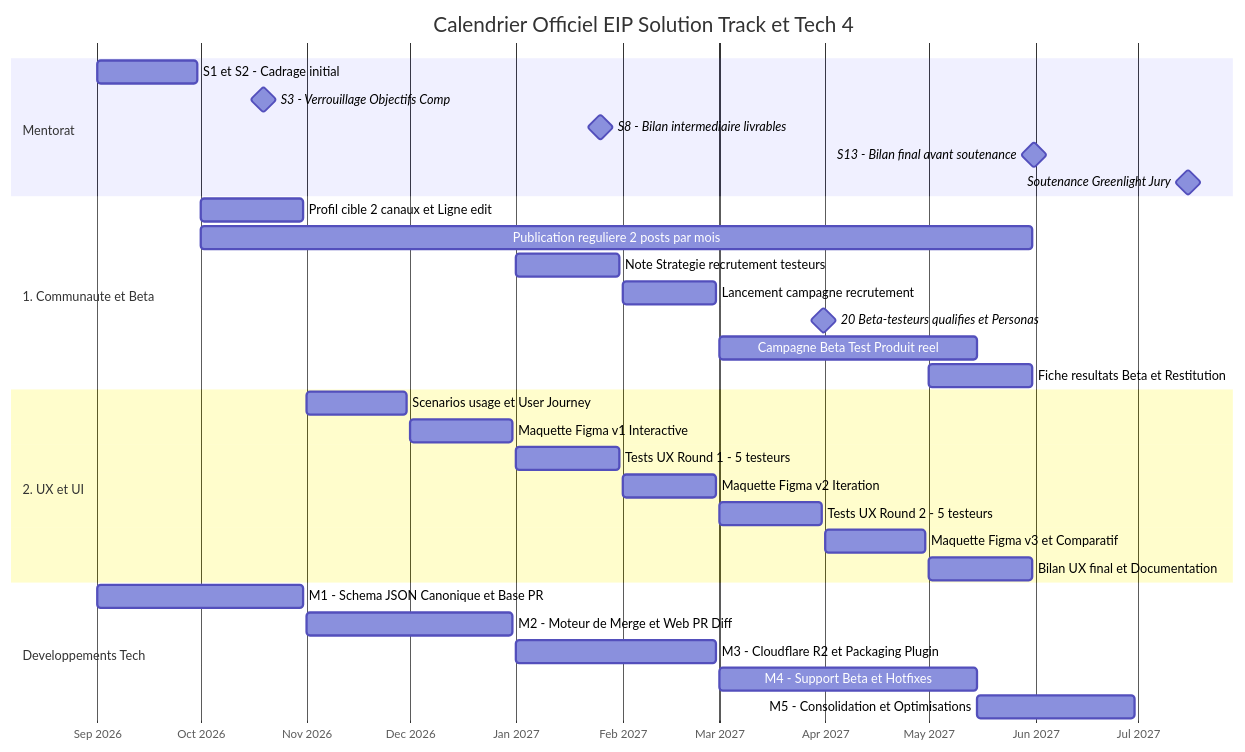
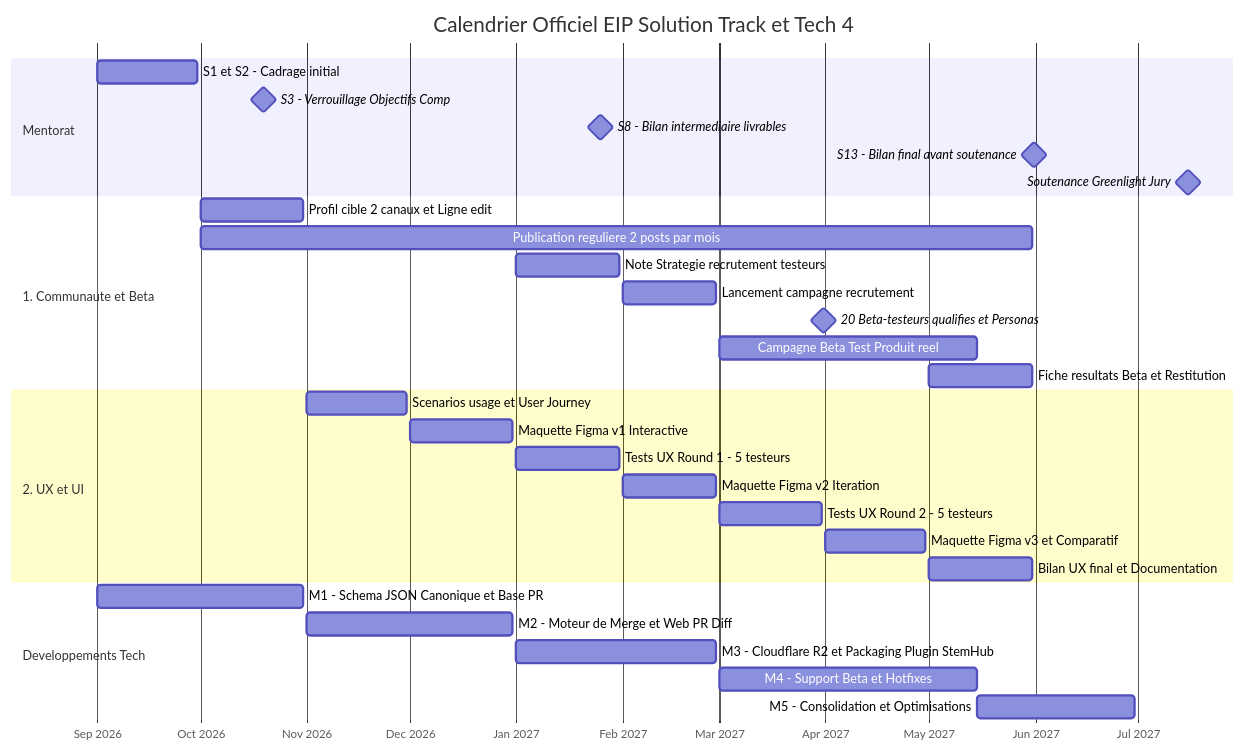
One commit to stemhub-org/Stemhub changed the diagram in docs/ROADMAP.md. Above: the diagram before and after it, drawn with Mermaid. The commit also changed 13 other files, not shown here.

````diff
--- a/docs/ROADMAP.md
+++ b/docs/ROADMAP.md
@@ -11,38 +11,38 @@
 ```mermaid
 gantt
     title Calendrier Officiel EIP Solution Track et Tech 4
     dateFormat  YYYY-MM-DD
     axisFormat  %b %Y
 
     section Mentorat
     S1 et S2 - Cadrage initial                  :m1, 2026-09-01, 2026-09-30
     S3 - Verrouillage Objectifs Comp            :milestone, m2, 2026-10-19, 1d
     S8 - Bilan intermediaire livrables          :milestone, m3, 2027-01-25, 1d
     S13 - Bilan final avant soutenance          :milestone, m4, 2027-05-31, 1d
     Soutenance Greenlight Jury                  :milestone, m5, 2027-07-15, 1d
 
     section 1. Communaute et Beta
     Profil cible 2 canaux et Ligne edit         :c1, 2026-10-01, 2026-10-31
     Publication reguliere 2 posts par mois      :c2, 2026-10-01, 2027-05-31
     Note Strategie recrutement testeurs         :c3, 2027-01-01, 2027-01-31
     Lancement campagne recrutement              :c4, 2027-02-01, 2027-02-28
     20 Beta-testeurs qualifies et Personas      :milestone, c5, 2027-03-31, 1d
     Campagne Beta Test Produit reel             :c6, 2027-03-01, 2027-05-15
     Fiche resultats Beta et Restitution         :c7, 2027-05-01, 2027-05-31
 
     section 2. UX et UI
     Scenarios usage et User Journey             :u1, 2026-11-01, 2026-11-30
     Maquette Figma v1 Interactive               :u2, 2026-12-01, 2026-12-31
     Tests UX Round 1 - 5 testeurs               :u3, 2027-01-01, 2027-01-31
     Maquette Figma v2 Iteration                 :u4, 2027-02-01, 2027-02-28
     Tests UX Round 2 - 5 testeurs               :u5, 2027-03-01, 2027-03-31
     Maquette Figma v3 et Comparatif             :u6, 2027-04-01, 2027-04-30
     Bilan UX final et Documentation             :u7, 2027-05-01, 2027-05-31
 
     section Developpements Tech
     M1 - Schema JSON Canonique et Base PR       :t1, 2026-09-01, 2026-10-31
     M2 - Moteur de Merge et Web PR Diff         :t2, 2026-11-01, 2026-12-31
-    M3 - Cloudflare R2 et Packaging Plugin      :t3, 2027-01-01, 2027-02-28
+    M3 - Cloudflare R2 et Packaging Plugin StemHub :t3, 2027-01-01, 2027-02-28
     M4 - Support Beta et Hotfixes               :t4, 2027-03-01, 2027-05-15
     M5 - Consolidation et Optimisations         :t5, 2027-05-15, 2027-06-30
 ```
````
